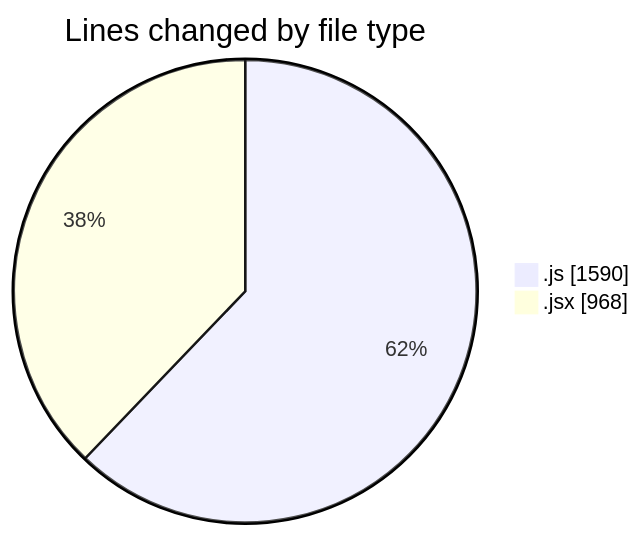
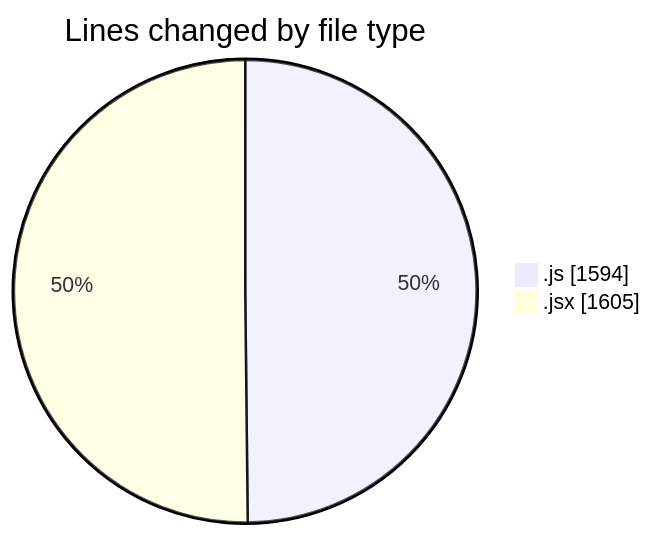
Before and after one commit to nxtqubesakshisongat/code-tracking: the first of 2 diagrams in 2025-09-18/nxtqube_webapp/README.md, drawn with Mermaid. The commit also changed other lines of this file and 1 other file, not shown here.

````diff
--- a/2025-09-18/nxtqube_webapp/README.md
+++ b/2025-09-18/nxtqube_webapp/README.md
@@ -25,6 +26,6 @@
 ```mermaid
 pie showData
 title Lines changed by file type
-".js" : 1590
-".jsx" : 968
+".js" : 1594
+".jsx" : 1605
 ```
````
